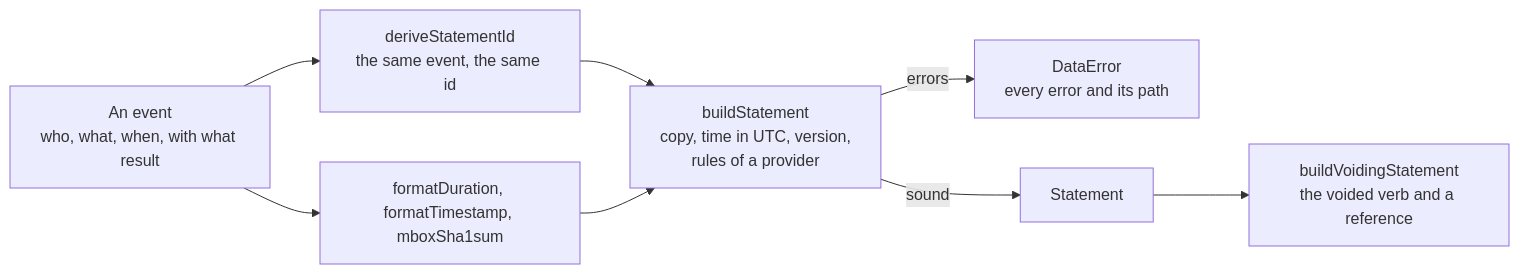
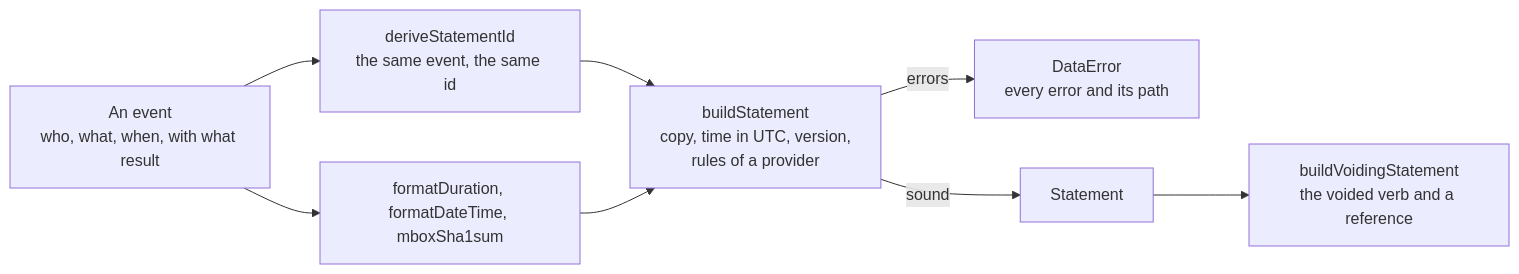
The diagram in docs/learning-records/build.md (interopkit/interopkit), drawn with Mermaid before and after one commit. The commit also changed other lines of this file and 140 other files, not shown here.

````diff
--- a/docs/learning-records/build.md
+++ b/docs/learning-records/build.md
@@ -7,10 +7,10 @@
 ```mermaid
 flowchart LR
   event["An event<br/>who, what, when, with what result"] --> id["deriveStatementId<br/>the same event, the same id"]
-  event --> data["formatDuration, formatTimestamp, mboxSha1sum"]
+  event --> data["formatDuration, formatDateTime, mboxSha1sum"]
   id --> build["buildStatement<br/>copy, time in UTC, version,<br/>rules of a provider"]
   data --> build
   build -->|"errors"| error["DataError<br/>every error and its path"]
   build -->|"sound"| statement["Statement"]
   statement --> void["buildVoidingStatement<br/>the voided verb and a reference"]
 ```
````
